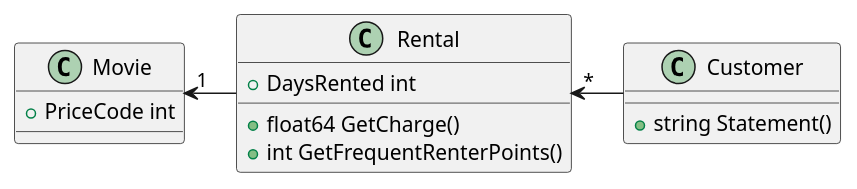
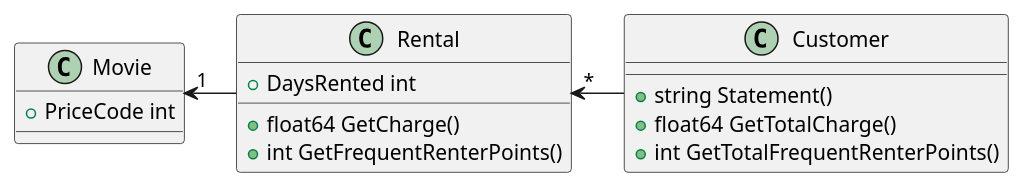
The diagram in VideoStore/diagram/class.puml (LiuPai/refactoring), drawn with PlantUML before and after one commit. The commit also changed 1 other file, not shown here.

```diff
--- a/VideoStore/diagram/class.puml
+++ b/VideoStore/diagram/class.puml
@@ -1,13 +1,15 @@
 class Movie {
 + PriceCode int
 }
 class Rental {
 + DaysRented int
 + float64 GetCharge()
 + int GetFrequentRenterPoints()
 }
 class Customer {
 + string Statement()
++ float64 GetTotalCharge()
++ int GetTotalFrequentRenterPoints()
 }
 Customer -l-> "*" Rental
 Rental -l-> "1" Movie
```
